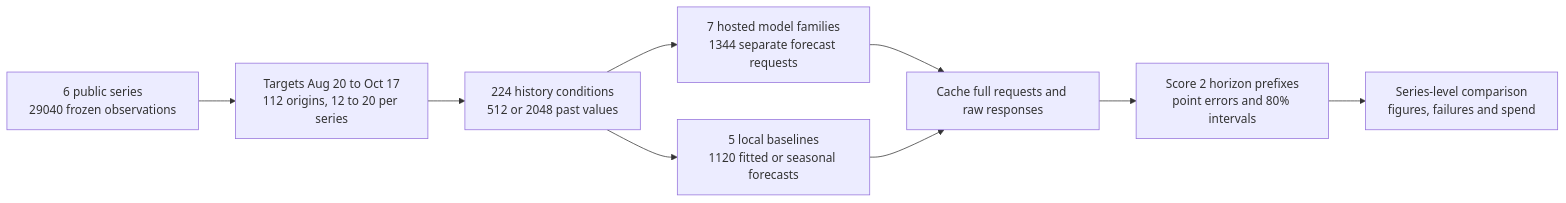
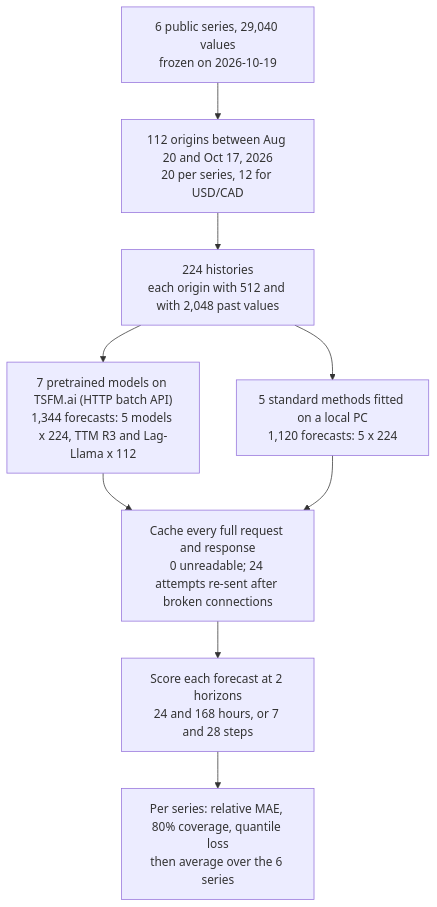
One commit to k-sandhu/experiment-notebooks changed the diagram in notebooks/16-time-series-zero-shot/README.md. Above: the diagram before and after it, drawn with Mermaid. The commit also changed other lines of this file and 2 other files, not shown here.

````diff
--- a/notebooks/16-time-series-zero-shot/README.md
+++ b/notebooks/16-time-series-zero-shot/README.md
@@ -50,11 +123,11 @@
 ```mermaid
-flowchart LR
-    A[6 public series<br/>29040 frozen observations] --> B[Targets Aug 20 to Oct 17<br/>112 origins, 12 to 20 per series]
-    B --> C[224 history conditions<br/>512 or 2048 past values]
-    C --> D[7 hosted model families<br/>1344 separate forecast requests]
-    C --> E[5 local baselines<br/>1120 fitted or seasonal forecasts]
-    D --> F[Cache full requests and raw responses]
+flowchart TD
+    A["6 public series, 29,040 values<br/>frozen on 2026-10-19"] --> B["112 origins between Aug 20 and Oct 17, 2026<br/>20 per series, 12 for USD/CAD"]
+    B --> C["224 histories<br/>each origin with 512 and with 2,048 past values"]
+    C --> D["7 pretrained models on TSFM.ai (HTTP batch API)<br/>1,344 forecasts: 5 models x 224, TTM R3 and Lag-Llama x 112"]
+    C --> E["5 standard methods fitted on a local PC<br/>1,120 forecasts: 5 x 224"]
+    D --> F["Cache every full request and response<br/>0 unreadable; 24 attempts re-sent after broken connections"]
     E --> F
-    F --> G[Score 2 horizon prefixes<br/>point errors and 80% intervals]
-    G --> H[Series-level comparison<br/>figures, failures and spend]
+    F --> G["Score each forecast at 2 horizons<br/>24 and 168 hours, or 7 and 28 steps"]
+    G --> H["Per series: relative MAE, 80% coverage, quantile loss<br/>then average over the 6 series"]
 ```
````
